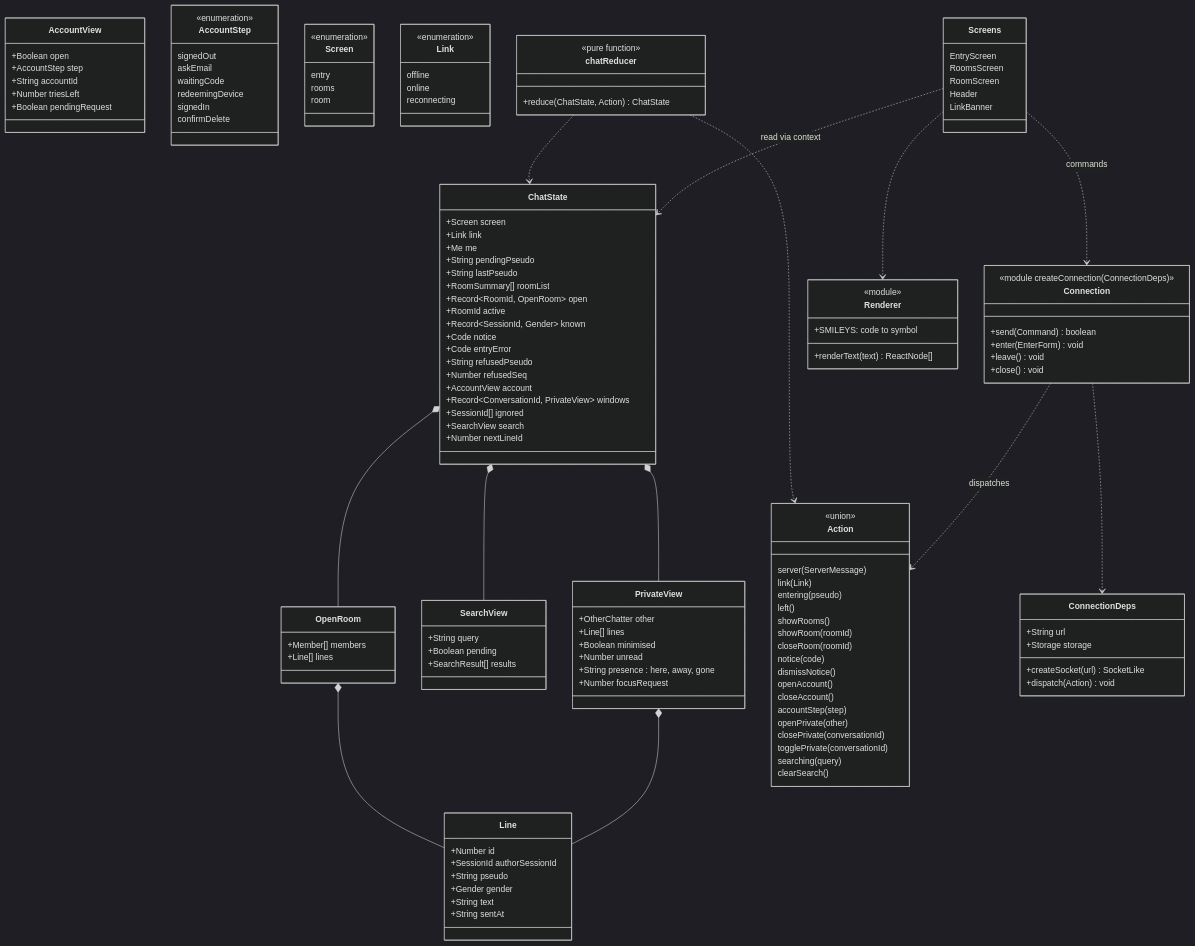
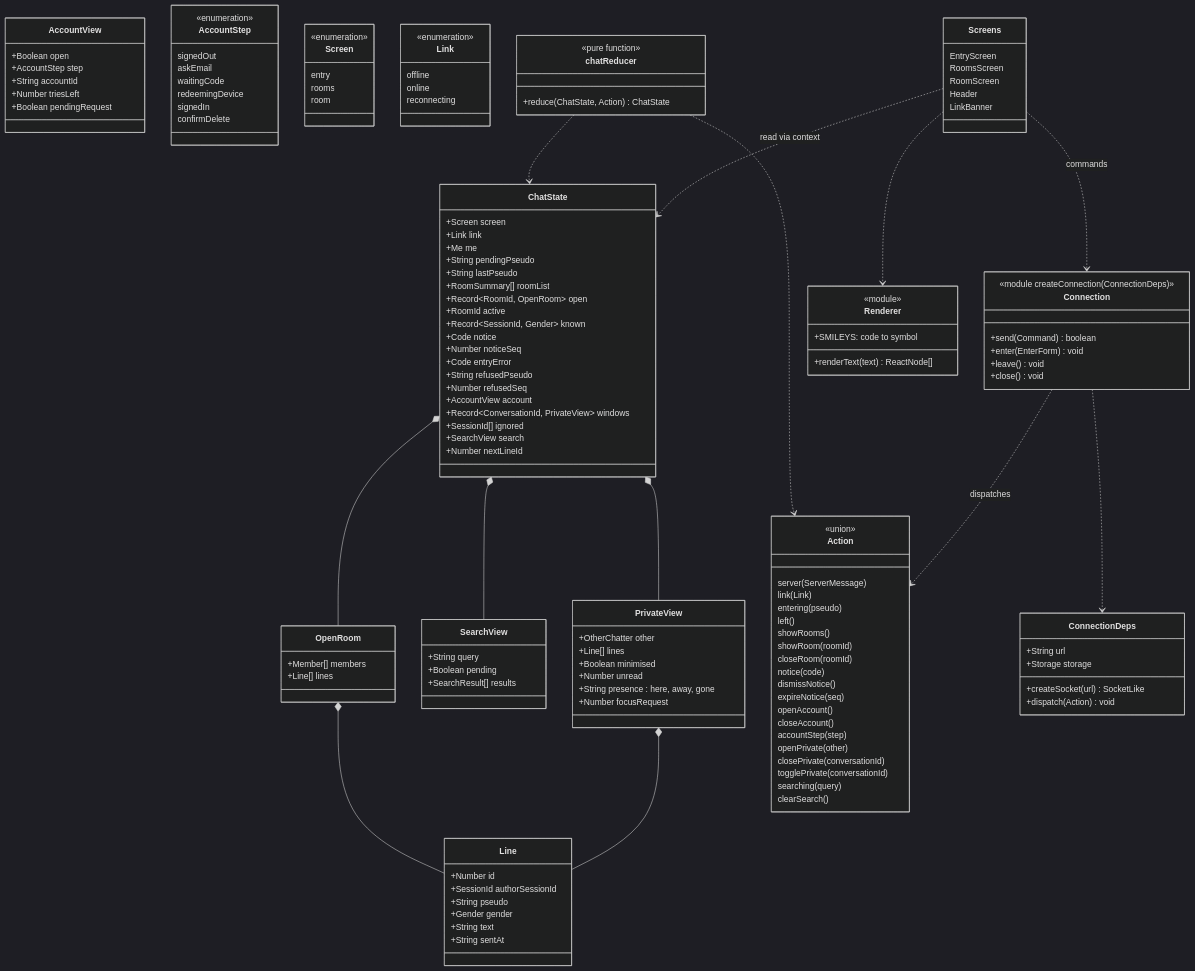
The diagram in docs/architecture/diagrams/web-ui/04-class-client-state.md (benoit-bremaud/asv), drawn with Mermaid (dark theme) before and after one commit. The commit also changed other lines of this file and 26 other files, not shown here.

```diff
--- a/docs/architecture/diagrams/web-ui/04-class-client-state.md
+++ b/docs/architecture/diagrams/web-ui/04-class-client-state.md
@@ -27,6 +27,7 @@
     +RoomId active
     +Record~SessionId, Gender~ known
     +Code notice
+    +Number noticeSeq
     +Code entryError
     +String refusedPseudo
     +Number refusedSeq
@@ -100,6 +101,7 @@
     closeRoom(roomId)
     notice(code)
     dismissNotice()
+    expireNotice(seq)
     openAccount()
     closeAccount()
     accountStep(step)
```
